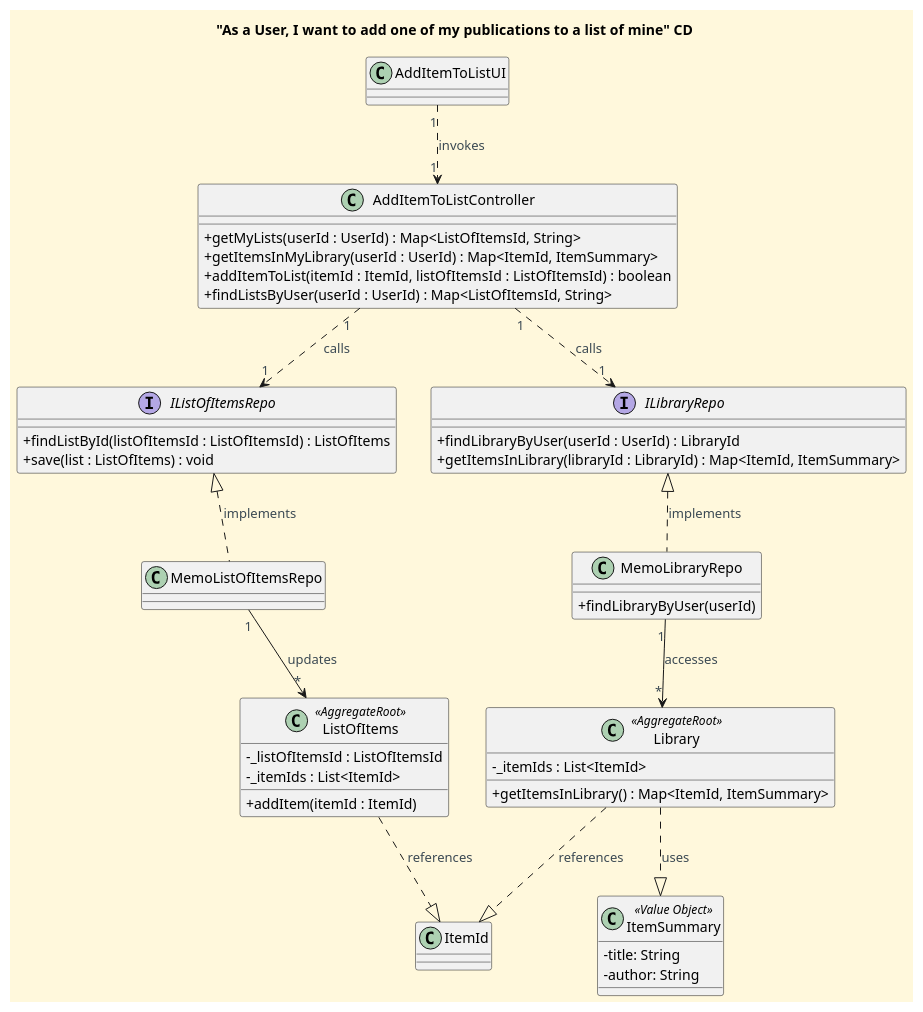
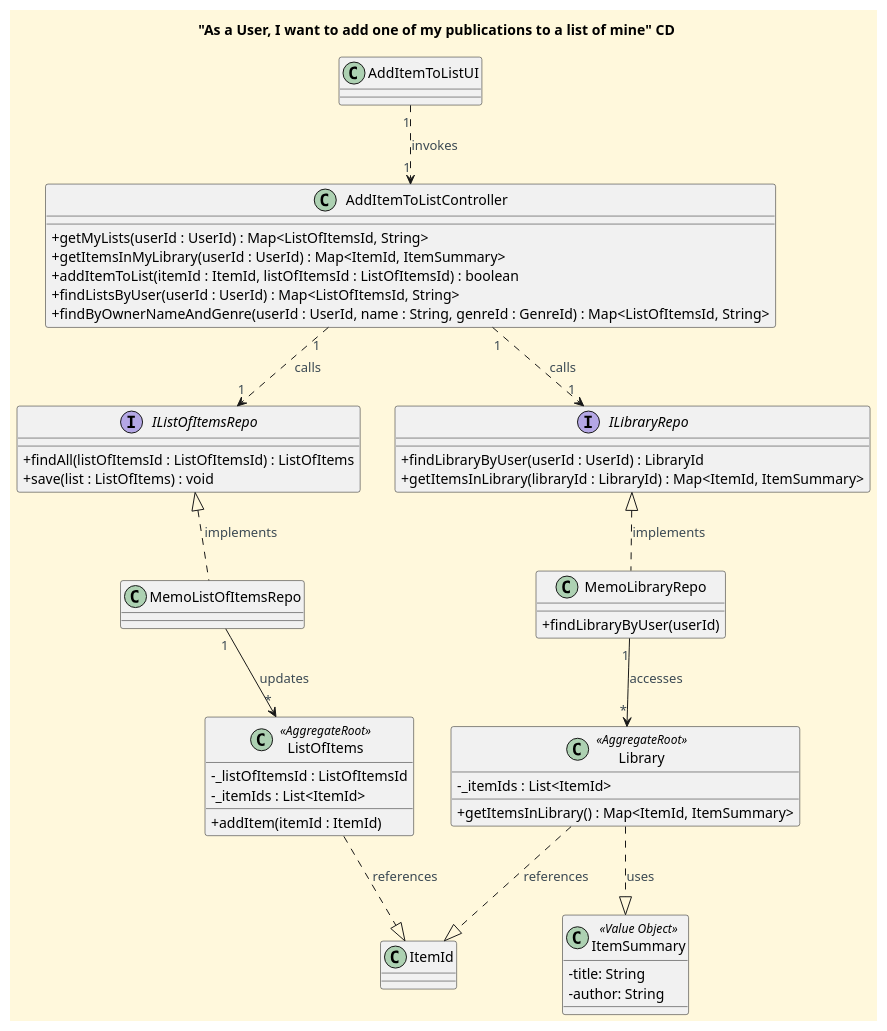
One commit to CarolinaLeite-collab/JavaMarketplacePlatform changed the diagram in docs/functionalities/user/add-my-publication-to-my-list/Add_My_Publication_To_My_List_CD.puml. Above: the diagram before and after it, drawn with PlantUML.

Commit message:
task: design update to AddItemToList diagrams, #615

```diff
--- a/docs/functionalities/user/add-my-publication-to-my-list/Add_My_Publication_To_My_List_CD.puml
+++ b/docs/functionalities/user/add-my-publication-to-my-list/Add_My_Publication_To_My_List_CD.puml
@@ -1,78 +1,79 @@
 @startuml
 'https://plantuml.com/class-diagram
 title "As a User, I want to add one of my publications to a list of mine" CD
 
 '==== basic style ====
 skinparam monochrome false
 skinparam shadowing false
 skinparam defaultFontName Futura
 skinparam objectFontSize 20
 skinparam backgroundColor CornSilk
 skinparam objectBackgroundColor WhiteSmoke
 skinparam noteBackgroundColor #FFFFE0
 skinparam ArrowFontColor #3B4953
 skinparam ActivationBackgroundColor black
 skinparam classAttributeIconSize 0
 
 
 class AddItemToListUI {
 }
 
 class AddItemToListController {
 
     + getMyLists(userId : UserId) : Map<ListOfItemsId, String>
     + getItemsInMyLibrary(userId : UserId) : Map<ItemId, ItemSummary>
     + addItemToList(itemId : ItemId, listOfItemsId : ListOfItemsId) : boolean
     + findListsByUser(userId : UserId) : Map<ListOfItemsId, String>
+    + findByOwnerNameAndGenre(userId : UserId, name : String, genreId : GenreId) : Map<ListOfItemsId, String>
 }
 
 interface IListOfItemsRepo {
-    + findListById(listOfItemsId : ListOfItemsId) : ListOfItems
+    + findAll(listOfItemsId : ListOfItemsId) : ListOfItems
     + save(list : ListOfItems) : void
 }
 
 class MemoListOfItemsRepo{
 }
 
 class Library <<AggregateRoot>> {
     - _itemIds : List<ItemId>
     + getItemsInLibrary() : Map<ItemId, ItemSummary>
 }
 
 class ListOfItems <<AggregateRoot>> {
     - _listOfItemsId : ListOfItemsId
     - _itemIds : List<ItemId>
     + addItem(itemId : ItemId)
 }
 
 interface ILibraryRepo {
     + findLibraryByUser(userId : UserId) : LibraryId
     + getItemsInLibrary(libraryId : LibraryId) : Map<ItemId, ItemSummary>
 }
 
 class MemoLibraryRepo {
     + findLibraryByUser(userId)
 }
 
 class ItemSummary <<Value Object>> {
     - title: String
     - author: String
 }
 
 class ItemId {
 }
 
 '==== Interactions ===='
 
 AddItemToListUI "1" ..> "1" AddItemToListController : invokes
 AddItemToListController "1" ..> "1" IListOfItemsRepo : calls
 AddItemToListController "1" ..> "1" ILibraryRepo : calls
 MemoListOfItemsRepo "1" --> "*" ListOfItems: updates
 MemoLibraryRepo "1" --> "*" Library : accesses
 IListOfItemsRepo <|.. MemoListOfItemsRepo: implements
 ILibraryRepo <|.. MemoLibraryRepo: implements
 Library ..|> ItemSummary: uses
 Library ..|> ItemId: references
 ListOfItems ..|> ItemId: references
 
 @enduml
```
